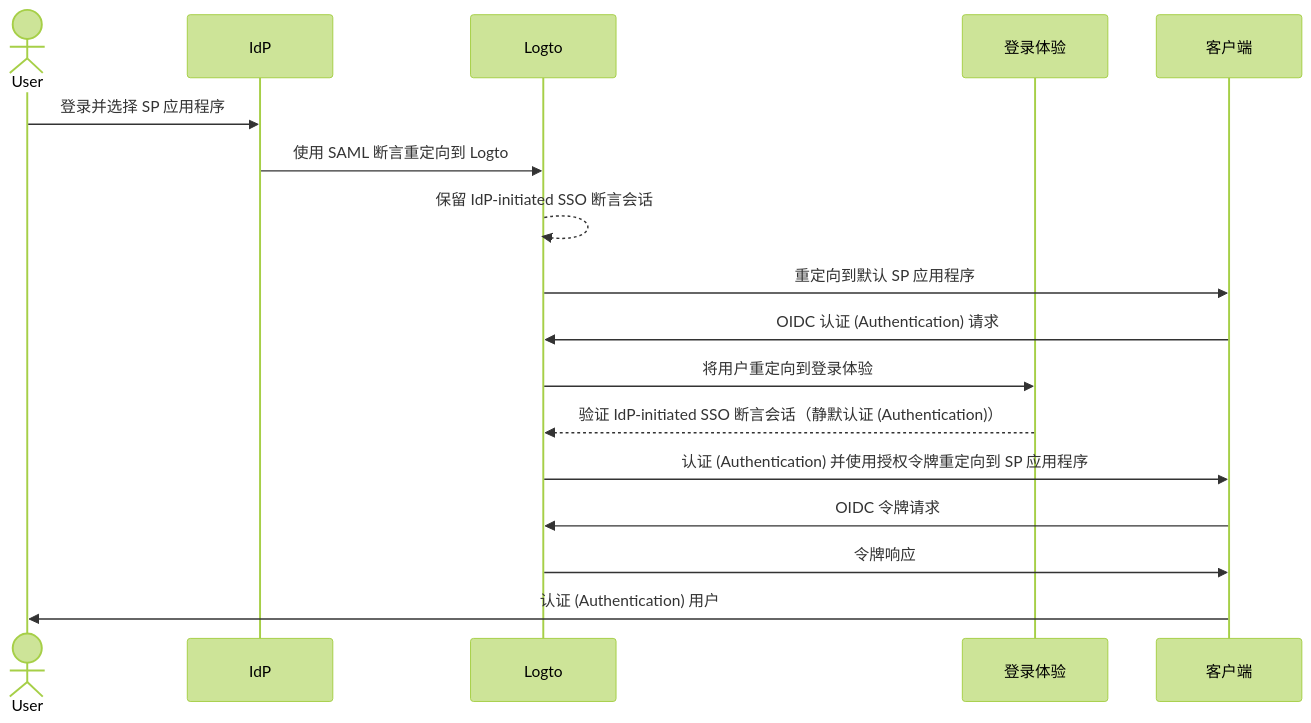
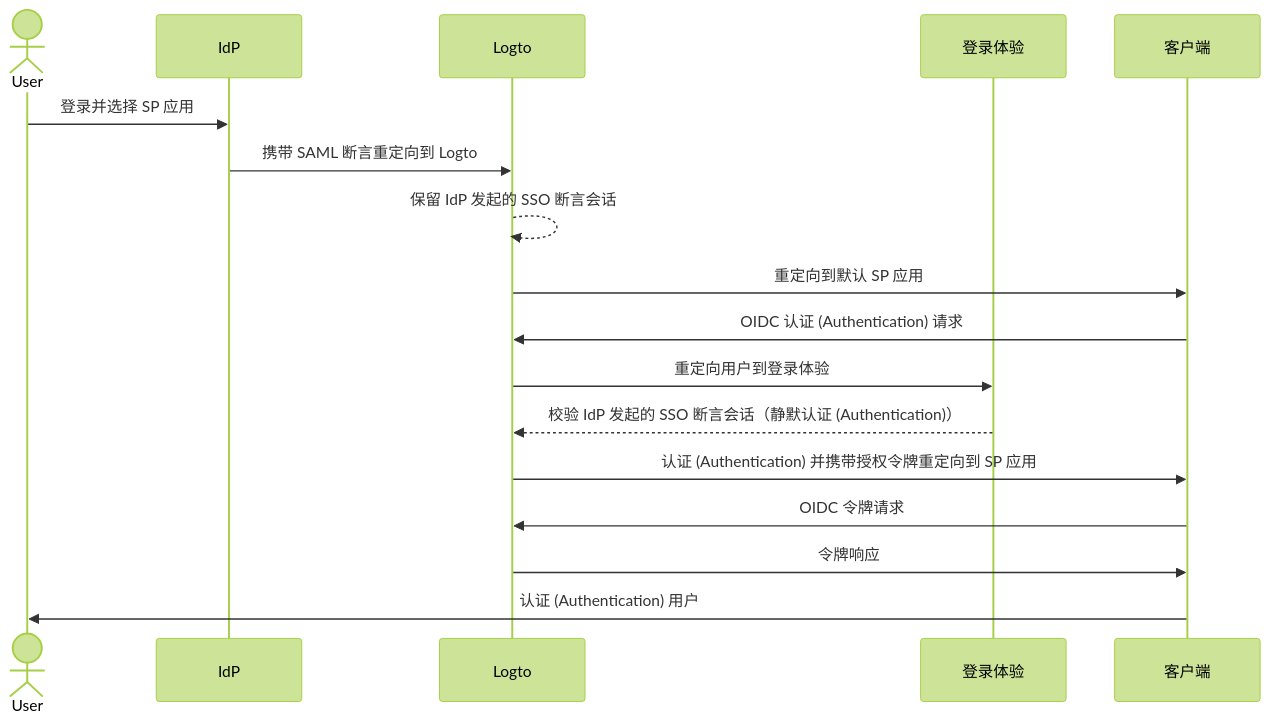
The first of 2 diagrams in i18n/zh-CN/docusaurus-plugin-content-docs/current/end-user-flows/enterprise-sso/idp-initiated-sso.mdx (logto-io/docs), drawn with Mermaid (forest theme) before and after one commit. The commit also changed other lines of this file and 666 other files, not shown here.

````diff
--- a/i18n/zh-CN/docusaurus-plugin-content-docs/current/end-user-flows/enterprise-sso/idp-initiated-sso.mdx
+++ b/i18n/zh-CN/docusaurus-plugin-content-docs/current/end-user-flows/enterprise-sso/idp-initiated-sso.mdx
@@ -60,20 +60,20 @@
 ```mermaid
 sequenceDiagram
     actor User
     participant IdP as IdP
     participant Logto as Logto
     participant Experience as 登录体验
     participant SP as 客户端
 
-    User->>IdP: 登录并选择 SP 应用程序
-    IdP->>Logto: 使用 SAML 断言重定向到 Logto
-    Logto-->>Logto: 保留 IdP-initiated SSO 断言会话
-    Logto->>SP: 重定向到默认 SP 应用程序
+    User->>IdP: 登录并选择 SP 应用
+    IdP->>Logto: 携带 SAML 断言重定向到 Logto
+    Logto-->>Logto: 保留 IdP 发起的 SSO 断言会话
+    Logto->>SP: 重定向到默认 SP 应用
     SP->>Logto: OIDC 认证 (Authentication) 请求
-    Logto->>Experience: 将用户重定向到登录体验
-    Experience-->>Logto: 验证 IdP-initiated SSO 断言会话（静默认证 (Authentication)）
-    Logto->>SP: 认证 (Authentication) 并使用授权令牌重定向到 SP 应用程序
+    Logto->>Experience: 重定向用户到登录体验
+    Experience-->>Logto: 校验 IdP 发起的 SSO 断言会话（静默认证 (Authentication)）
+    Logto->>SP: 认证 (Authentication) 并携带授权令牌重定向到 SP 应用
     SP->>Logto: OIDC 令牌请求
     Logto->>SP: 令牌响应
     SP->>User: 认证 (Authentication) 用户
 ```
````
